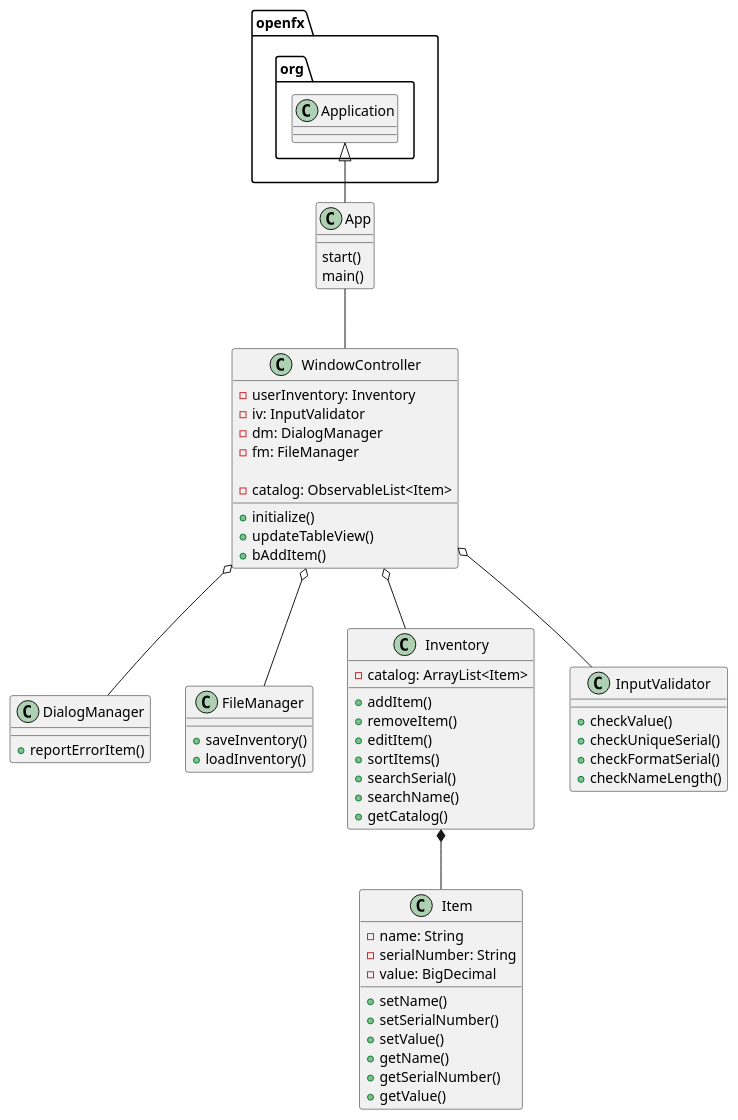
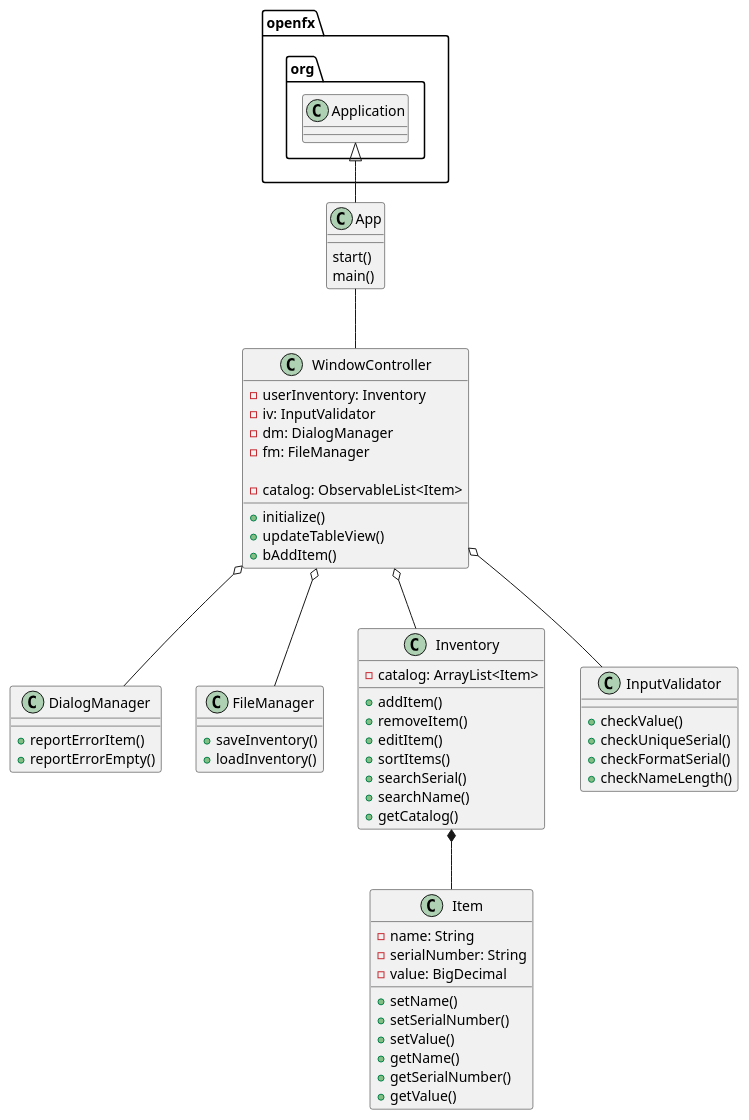
The diagram in uml/Inventory.puml (kingraham228/Ingraham-7945-a5), drawn with PlantUML before and after one commit. The commit also changed 2 other files, not shown here.

```diff
--- a/uml/Inventory.puml
+++ b/uml/Inventory.puml
@@ -1,68 +1,69 @@
 @startuml
 class App{
 start()
 main()
 }
 
 class WindowController{
 - userInventory: Inventory
 - iv: InputValidator
 - dm: DialogManager
 - fm: FileManager
 
 - catalog: ObservableList<Item>
 
 +initialize()
 +updateTableView()
 +bAddItem()
 }
 
 class DialogManager{
 +reportErrorItem()
++reportErrorEmpty()
 }
 
 class FileManager{
 +saveInventory()
 +loadInventory()
 }
 
 class Inventory{
 - catalog: ArrayList<Item>
 
 +addItem()
 +removeItem()
 +editItem()
 +sortItems()
 +searchSerial()
 +searchName()
 +getCatalog()
 }
 
 class Item{
 -name: String
 -serialNumber: String
 -value: BigDecimal
 
 +setName()
 +setSerialNumber()
 +setValue()
 +getName()
 +getSerialNumber()
 +getValue()
 }
 
 class InputValidator{
 + checkValue()
 + checkUniqueSerial()
 + checkFormatSerial()
 + checkNameLength()
 }
 
 openfx.org.Application <|-- App
 App -- WindowController
 WindowController o-- DialogManager
 WindowController o-- FileManager
 WindowController o-- Inventory
 Inventory *-- Item
 WindowController o-- InputValidator
 @enduml
```
